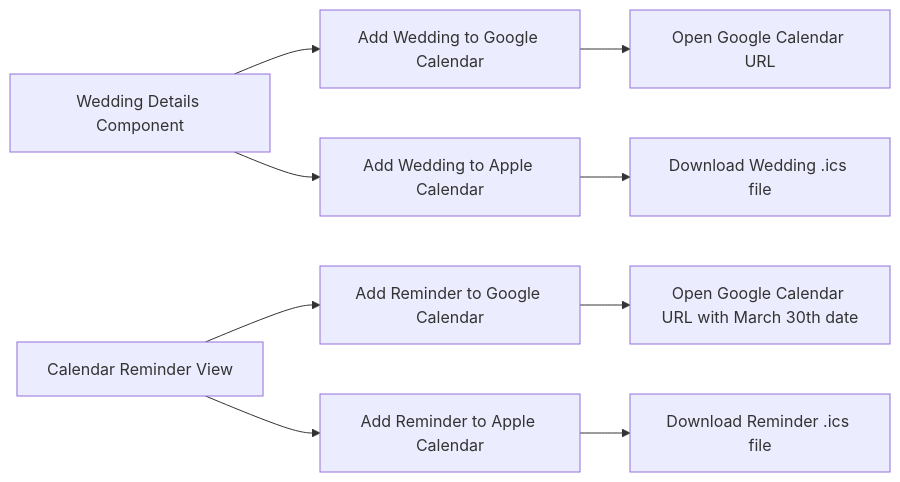
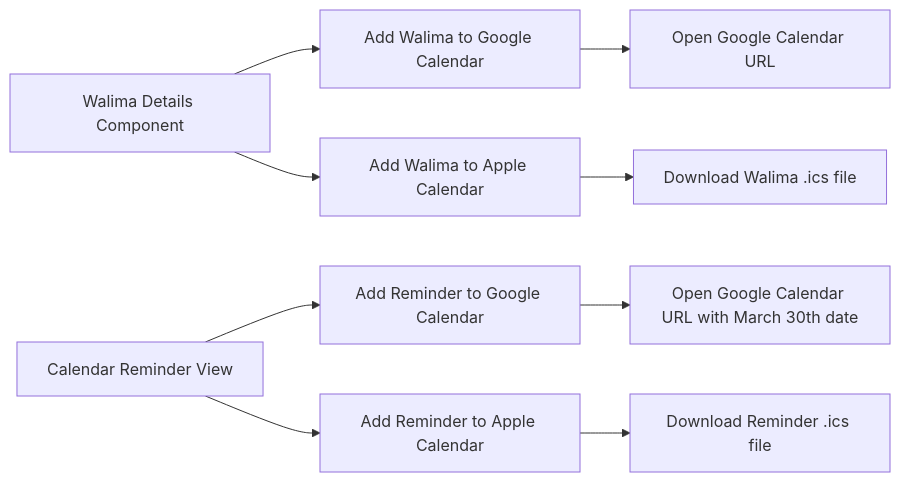
Before and after one commit to mangodevio/RSVP: the third of 4 diagrams in README.md, drawn with Mermaid. The commit also changed other lines of this file and 5 other files, not shown here.

Commit message:
wedding to walima

````diff
--- a/README.md
+++ b/README.md
@@ -70,12 +70,12 @@
 ```mermaid
 flowchart LR
-    A[Wedding Details Component] --> B[Add Wedding to Google Calendar]
-    A --> C[Add Wedding to Apple Calendar]
+    A[Walima Details Component] --> B[Add Walima to Google Calendar]
+    A --> C[Add Walima to Apple Calendar]
     B --> D[Open Google Calendar URL]
-    C --> E[Download Wedding .ics file]
+    C --> E[Download Walima .ics file]
 
     F[Calendar Reminder View] --> G[Add Reminder to Google Calendar]
     F --> H[Add Reminder to Apple Calendar]
     G --> I[Open Google Calendar URL with March 30th date]
     H --> J[Download Reminder .ics file]
 ```
````
